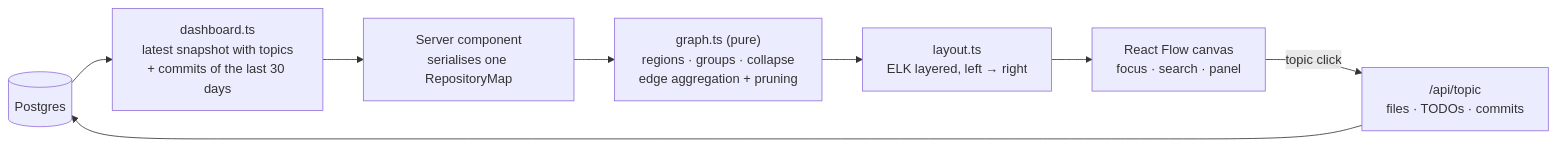
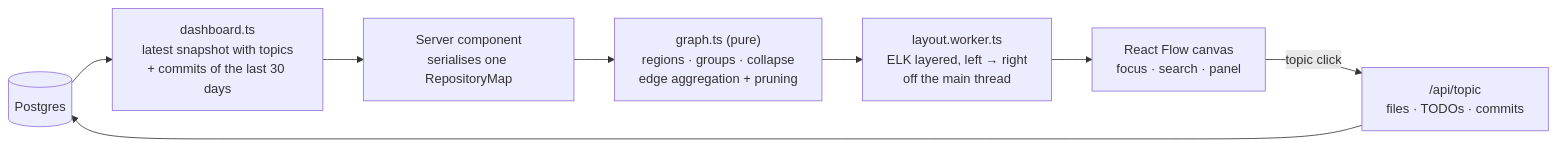
One commit to Tunaycel/waymark changed the seventh of 7 diagrams in docs/ARCHITECTURE.md. Above: the diagram before and after it, drawn with Mermaid. The commit also changed other lines of this file and 6 other files, not shown here.

Commit message:
docs: document the overview, worker layout, and their measurements

````diff
--- a/docs/ARCHITECTURE.md
+++ b/docs/ARCHITECTURE.md
@@ -327,10 +328,10 @@
 ```mermaid
 flowchart LR
   DB[("Postgres")] --> RM["dashboard.ts<br/>latest snapshot with topics<br/>+ commits of the last 30 days"]
   RM --> P["Server component<br/>serialises one RepositoryMap"]
   P --> G["graph.ts (pure)<br/>regions · groups · collapse<br/>edge aggregation + pruning"]
-  G --> L["layout.ts<br/>ELK layered, left → right"]
+  G --> L["layout.worker.ts<br/>ELK layered, left → right<br/>off the main thread"]
   L --> RF["React Flow canvas<br/>focus · search · panel"]
   RF -->|"topic click"| API["/api/topic<br/>files · TODOs · commits"]
   API --> DB
 ```
````
